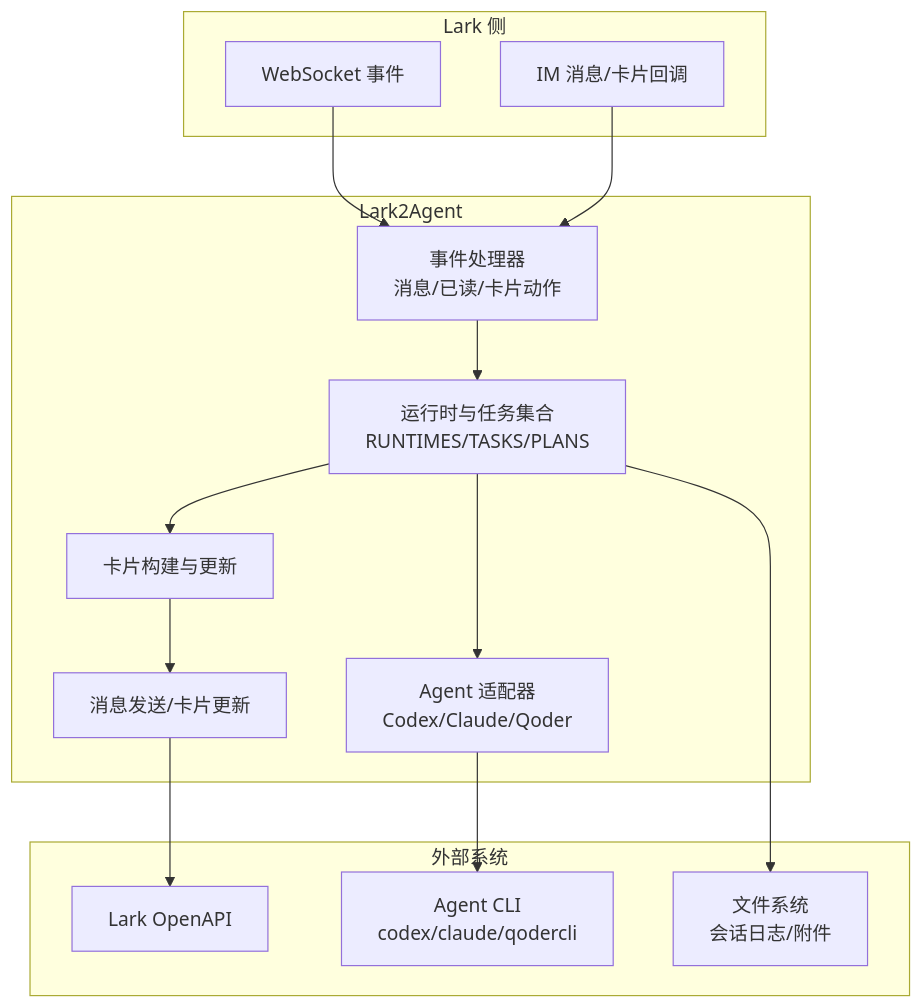
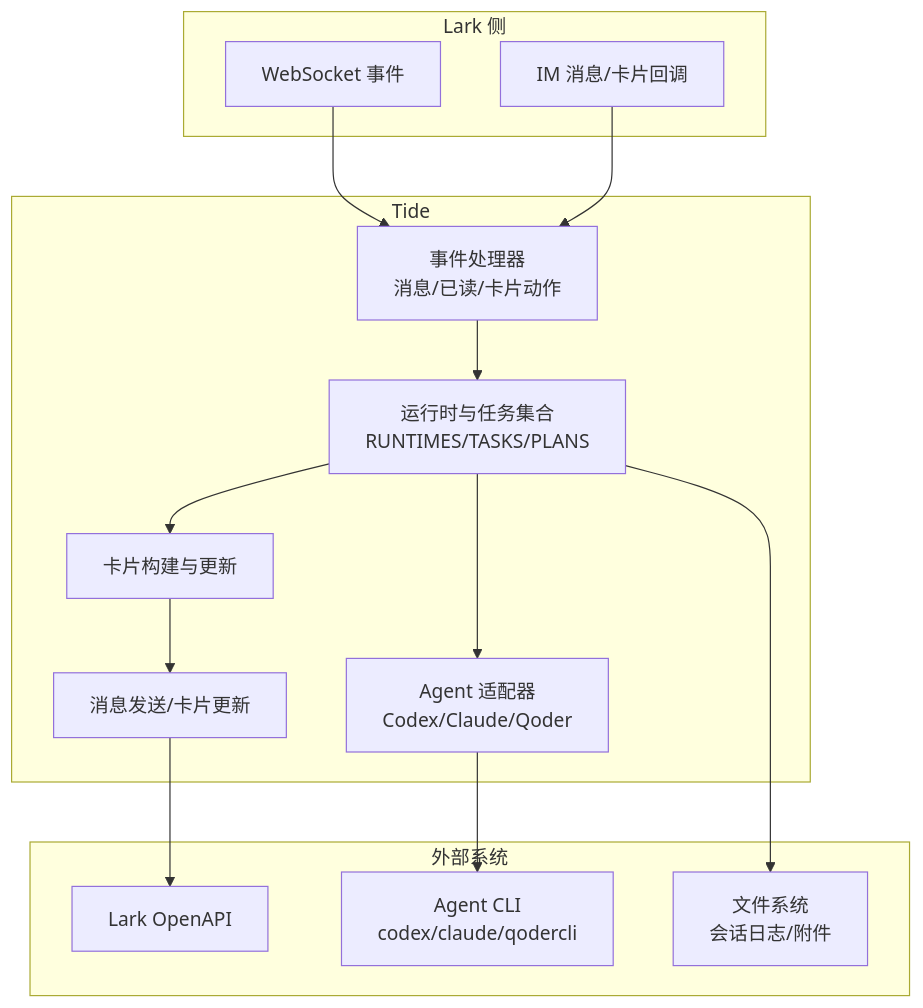
The first of 4 diagrams in .qoder/repowiki/zh/content/高级特性/性能优化/性能监控指标.md (winditer/tide), drawn with Mermaid before and after one commit. The commit also changed other lines of this file and 260 other files, not shown here.

````diff
--- a/.qoder/repowiki/zh/content/高级特性/性能优化/性能监控指标.md
+++ b/.qoder/repowiki/zh/content/高级特性/性能优化/性能监控指标.md
@@ -32,28 +32,28 @@
 ```mermaid
 graph TB
 subgraph "Lark 侧"
 WS["WebSocket 事件"]
 MSG["IM 消息/卡片回调"]
 end
-subgraph "Lark2Agent"
+subgraph "Tide"
 EH["事件处理器<br/>消息/已读/卡片动作"]
 RT["运行时与任务集合<br/>RUNTIMES/TASKS/PLANS"]
 AD["Agent 适配器<br/>Codex/Claude/Qoder"]
 CARD["卡片构建与更新"]
 NET["消息发送/卡片更新"]
 end
 subgraph "外部系统"
 LARK["Lark OpenAPI"]
 AGENTS["Agent CLI<br/>codex/claude/qodercli"]
 FS["文件系统<br/>会话日志/附件"]
 end
 WS --> EH
 MSG --> EH
 EH --> RT
 RT --> AD
 AD --> AGENTS
 RT --> CARD
 CARD --> NET
 NET --> LARK
 RT --> FS
 ```
````
